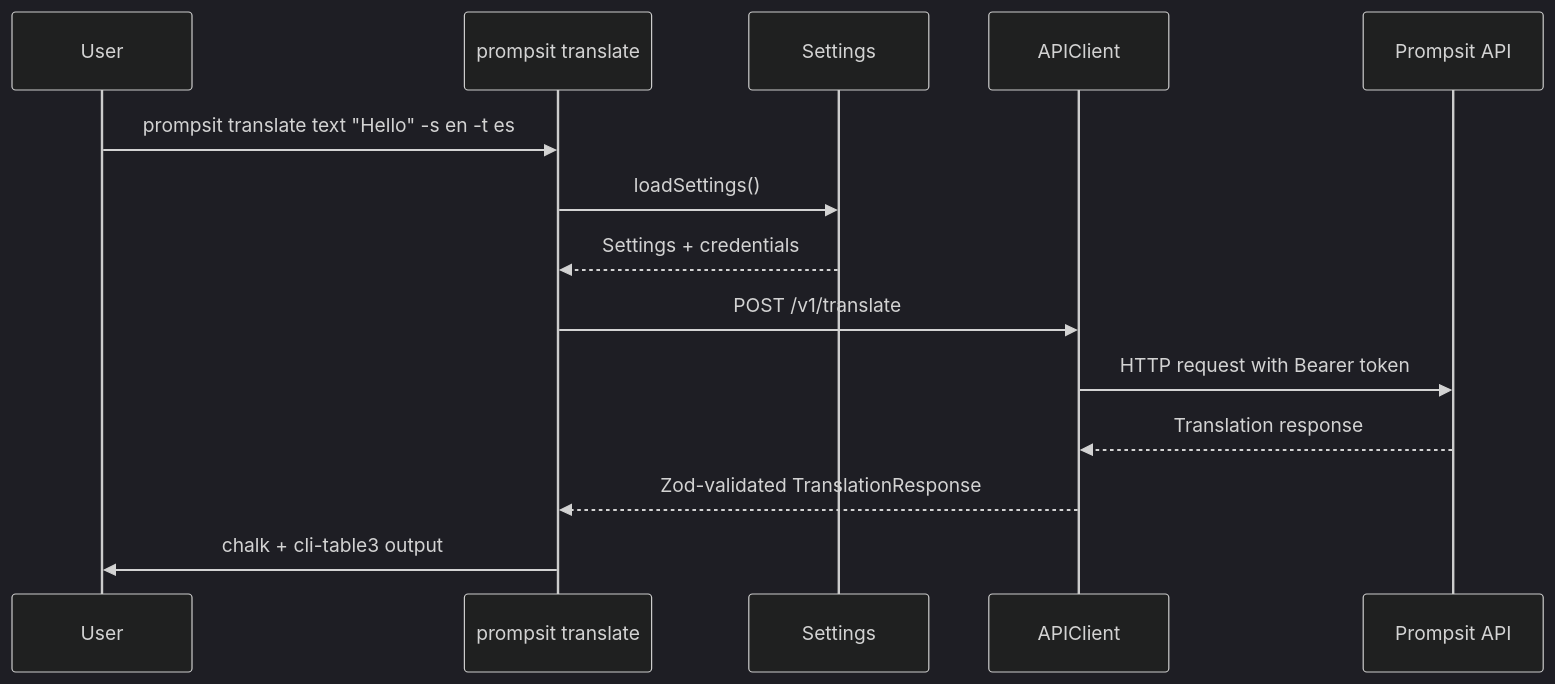
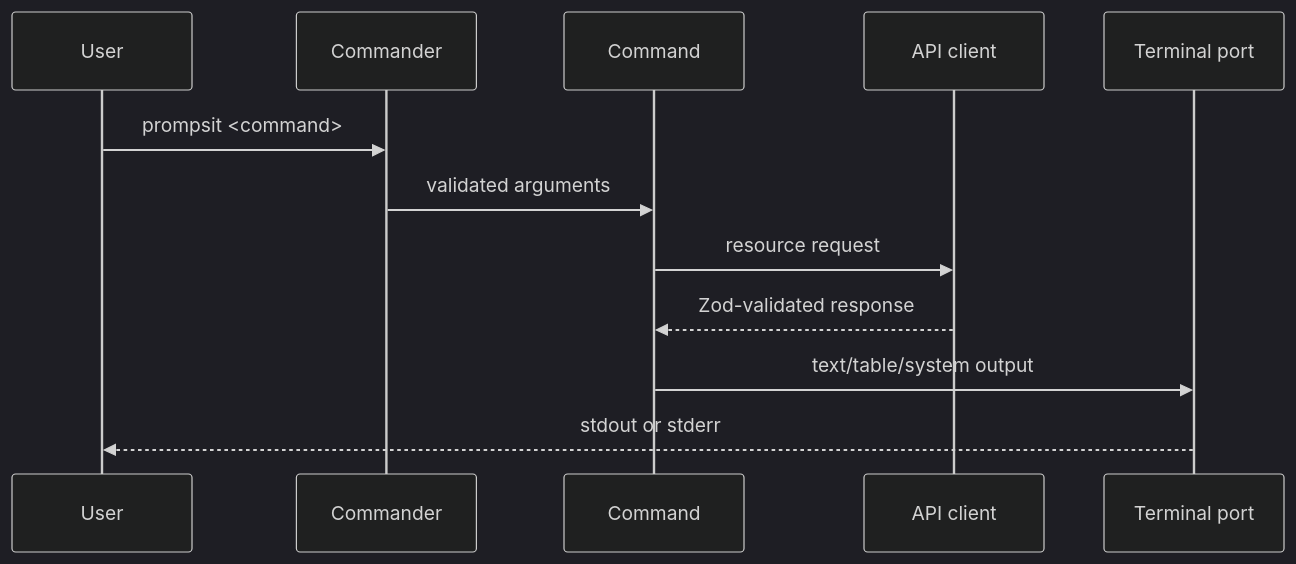
The second of 2 diagrams in docs/project/architecture.md (Prompsit/prompsit-cli), drawn with Mermaid (dark theme) before and after one commit. The commit also changed other lines of this file and 135 other files, not shown here.

````diff
--- a/docs/project/architecture.md
+++ b/docs/project/architecture.md
@@ -218,17 +38,14 @@
 ```mermaid
 sequenceDiagram
-    participant User
-    participant CLI as prompsit translate
-    participant Config as Settings
-    participant APIClient
-    participant API as Prompsit API
-
-    User->>CLI: prompsit translate text "Hello" -s en -t es
-    CLI->>Config: loadSettings()
-    Config-->>CLI: Settings + credentials
-    CLI->>APIClient: POST /v1/translate
-    APIClient->>API: HTTP request with Bearer token
-    API-->>APIClient: Translation response
-    APIClient-->>CLI: Zod-validated TranslationResponse
-    CLI->>User: chalk + cli-table3 output
+  participant U as User
+  participant P as Commander
+  participant C as Command
+  participant A as API client
+  participant T as Terminal port
+  U->>P: prompsit <command>
+  P->>C: validated arguments
+  C->>A: resource request
+  A-->>C: Zod-validated response
+  C->>T: text/table/system output
+  T-->>U: stdout or stderr
 ```
````
